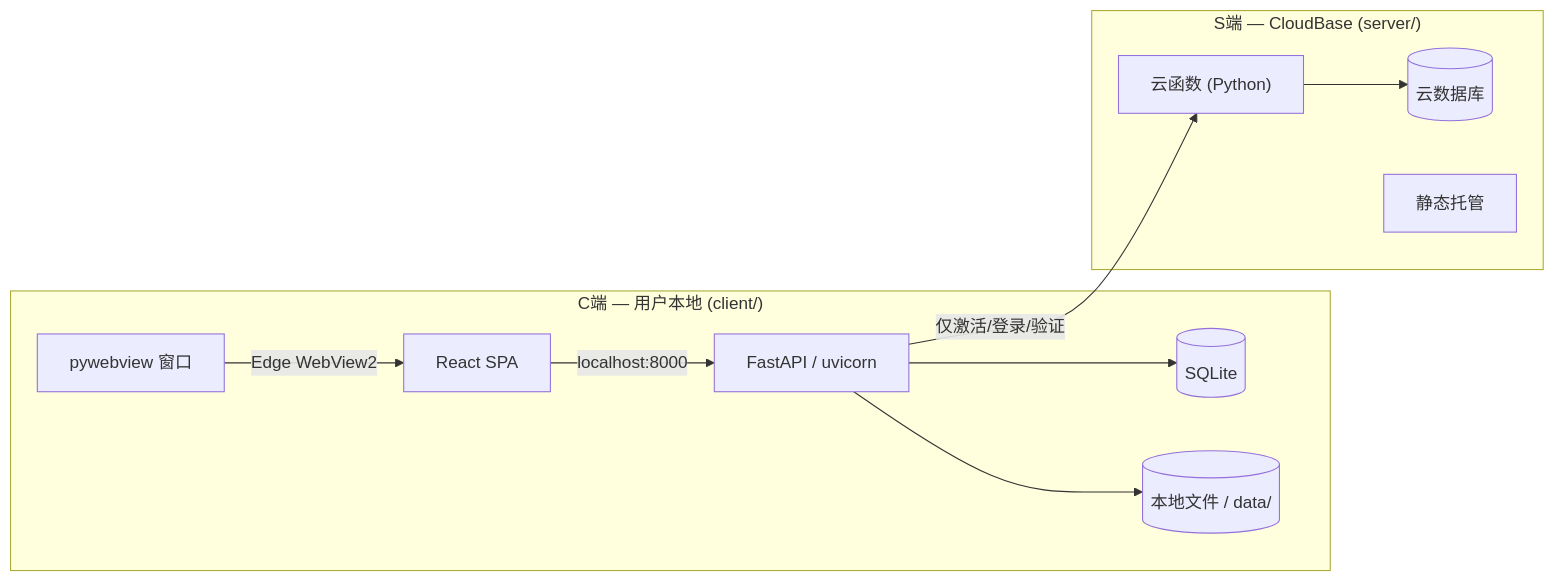
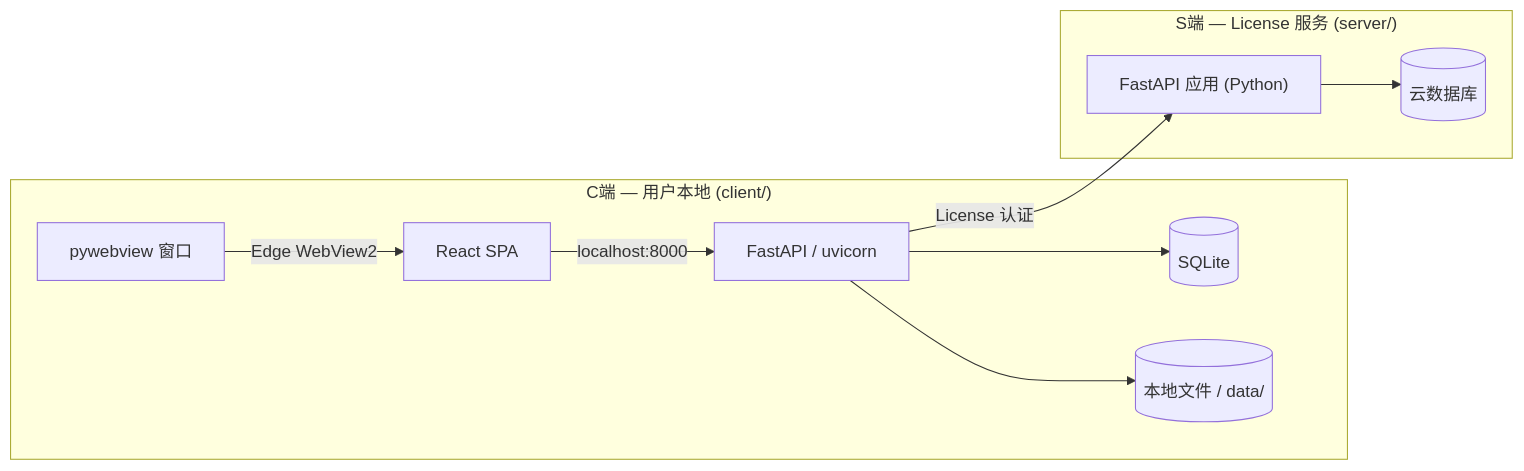
Before and after one commit to modoojunko/ai-novel: the diagram in CLAUDE.md, drawn with Mermaid. The commit also changed other lines of this file and 115 other files, not shown here.

````diff
--- a/CLAUDE.md
+++ b/CLAUDE.md
@@ -102,22 +102,21 @@
 ```mermaid
 flowchart LR
     subgraph client ["C端 — 用户本地 (client/)"]
         FastAPI["FastAPI / uvicorn"]
         SPA["React SPA"]
         pywebview["pywebview 窗口"]
         SQLite[("SQLite")]
         FS[("本地文件 / data/")]
     end
-    subgraph server ["S端 — CloudBase (server/)"]
-        CF["云函数 (Python)"]
+    subgraph server ["S端 — License 服务 (server/)"]
+        ServerApp["FastAPI 应用 (Python)"]
         CDB[("云数据库")]
-        SH["静态托管"]
     end
     
     pywebview -->|Edge WebView2| SPA
     SPA -->|localhost:8000| FastAPI
     FastAPI --> SQLite
     FastAPI --> FS
-    FastAPI -->|仅激活/登录/验证| CF
-    CF --> CDB
+    FastAPI -->|License 认证| ServerApp
+    ServerApp --> CDB
 ```
````
